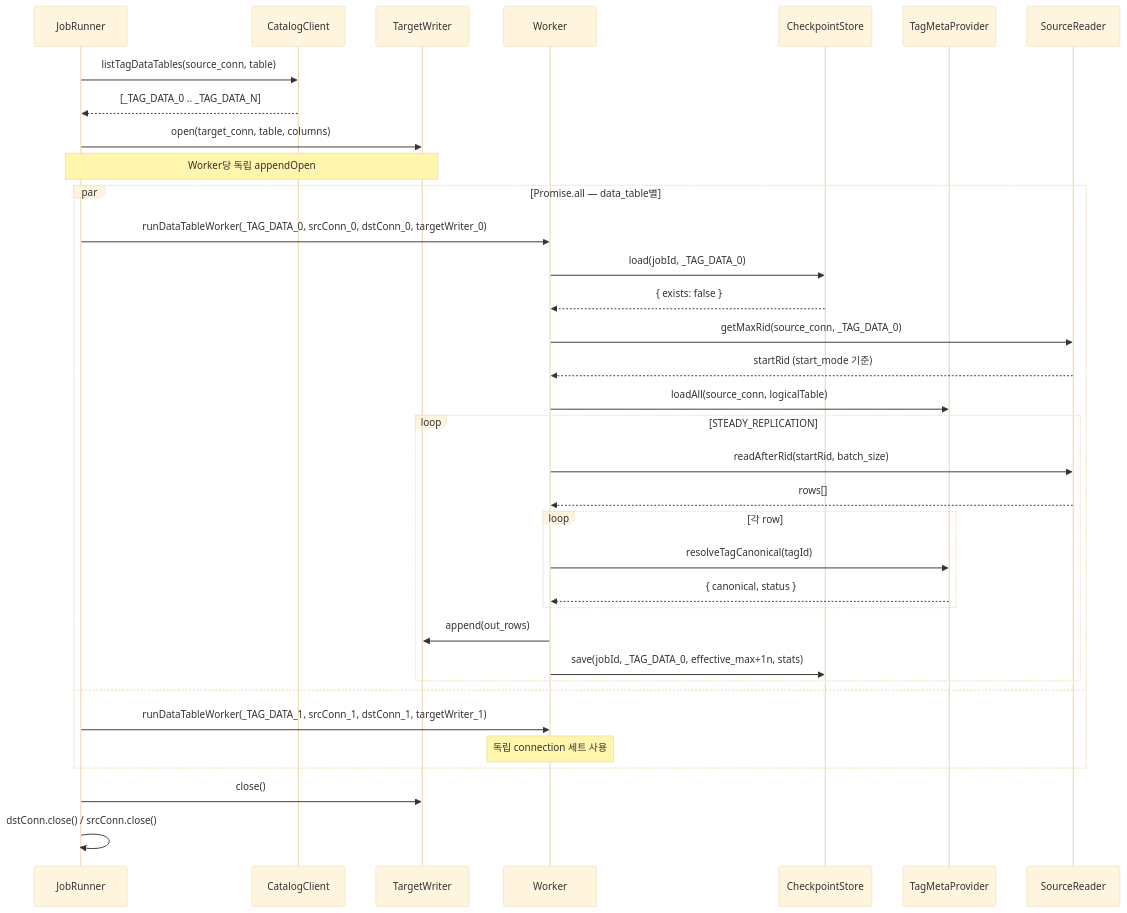
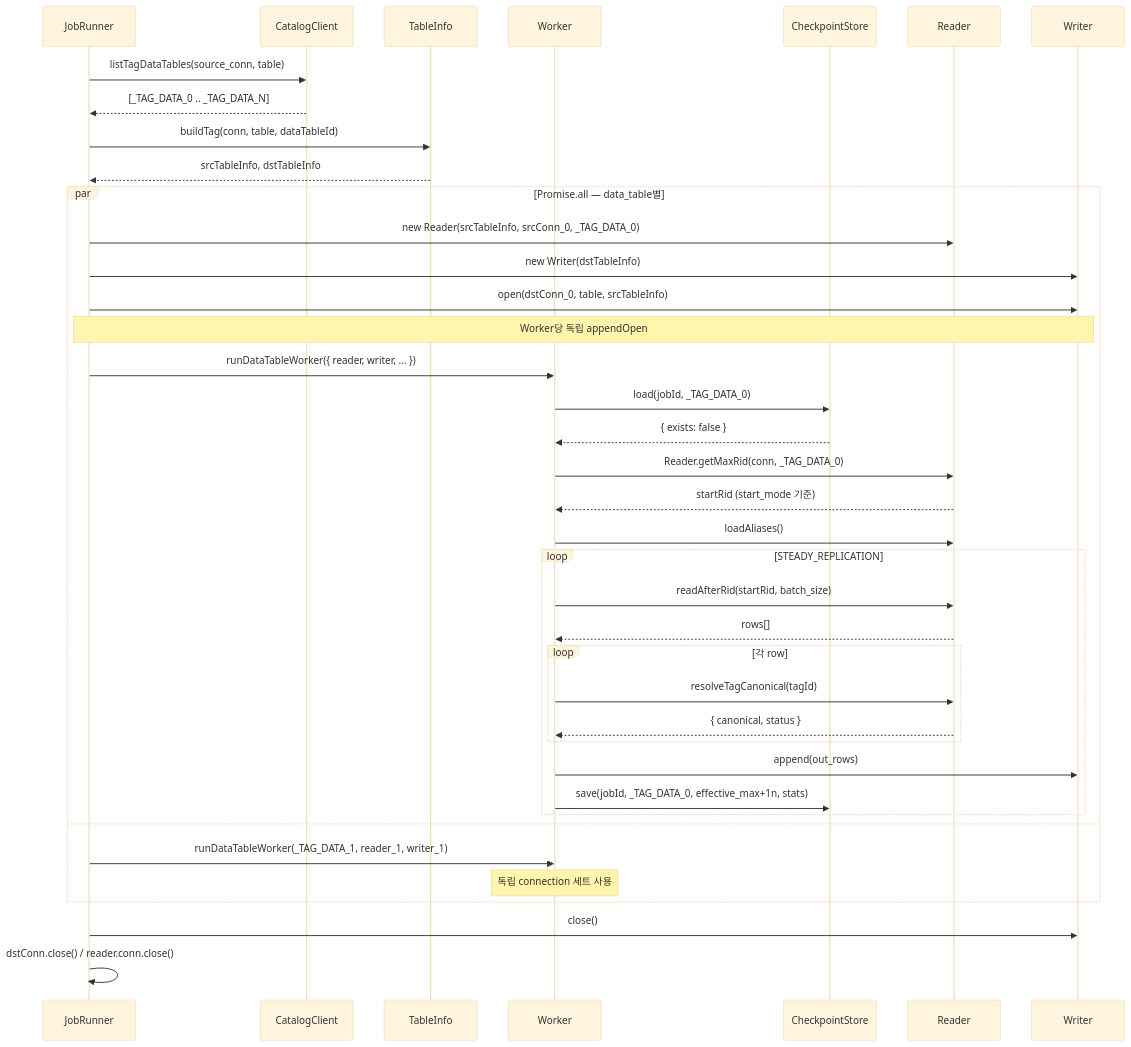
One commit to machbase/neo-pkg-replication changed the fourth of 4 diagrams in PROJECT.md. Above: the diagram before and after it, drawn with Mermaid (base theme). The commit also changed other lines of this file and 24 other files, not shown here.

````diff
--- a/PROJECT.md
+++ b/PROJECT.md
@@ -908,42 +966,46 @@
 ```mermaid
 sequenceDiagram
     participant JR as JobRunner
     participant CC as CatalogClient
-    participant TW as TargetWriter
+    participant TI as TableInfo
     participant W as Worker
     participant CP as CheckpointStore
-    participant TMP as TagMetaProvider
-    participant SR as SourceReader
+    participant R as Reader
+    participant WR as Writer
 
     JR->>CC: listTagDataTables(source_conn, table)
     CC-->>JR: [_TAG_DATA_0 .. _TAG_DATA_N]
-
-    JR->>TW: open(target_conn, table, columns)
-    Note over JR,TW: Worker당 독립 appendOpen
+    JR->>TI: buildTag(conn, table, dataTableId)
+    TI-->>JR: srcTableInfo, dstTableInfo
 
     par Promise.all — data_table별
-        JR->>W: runDataTableWorker(_TAG_DATA_0, srcConn_0, dstConn_0, targetWriter_0)
+        JR->>R: new Reader(srcTableInfo, srcConn_0, _TAG_DATA_0)
+        JR->>WR: new Writer(dstTableInfo)
+        JR->>WR: open(dstConn_0, table, srcTableInfo)
+        Note over JR,WR: Worker당 독립 appendOpen
+
+        JR->>W: runDataTableWorker({ reader, writer, ... })
         W->>CP: load(jobId, _TAG_DATA_0)
         CP-->>W: { exists: false }
-        W->>SR: getMaxRid(source_conn, _TAG_DATA_0)
-        SR-->>W: startRid (start_mode 기준)
-        W->>TMP: loadAll(source_conn, logicalTable)
+        W->>R: Reader.getMaxRid(conn, _TAG_DATA_0)
+        R-->>W: startRid (start_mode 기준)
+        W->>R: loadAliases()
 
         loop STEADY_REPLICATION
-            W->>SR: readAfterRid(startRid, batch_size)
-            SR-->>W: rows[]
+            W->>R: readAfterRid(startRid, batch_size)
+            R-->>W: rows[]
             loop 각 row
-                W->>TMP: resolveTagCanonical(tagId)
-                TMP-->>W: { canonical, status }
+                W->>R: resolveTagCanonical(tagId)
+                R-->>W: { canonical, status }
             end
-            W->>TW: append(out_rows)
+            W->>WR: append(out_rows)
             W->>CP: save(jobId, _TAG_DATA_0, effective_max+1n, stats)
         end
     and
-        JR->>W: runDataTableWorker(_TAG_DATA_1, srcConn_1, dstConn_1, targetWriter_1)
+        JR->>W: runDataTableWorker(_TAG_DATA_1, reader_1, writer_1)
         Note over W: 독립 connection 세트 사용
     end
 
-    JR->>TW: close()
-    JR->>JR: dstConn.close() / srcConn.close()
+    JR->>WR: close()
+    JR->>JR: dstConn.close() / reader.conn.close()
 ```
````
